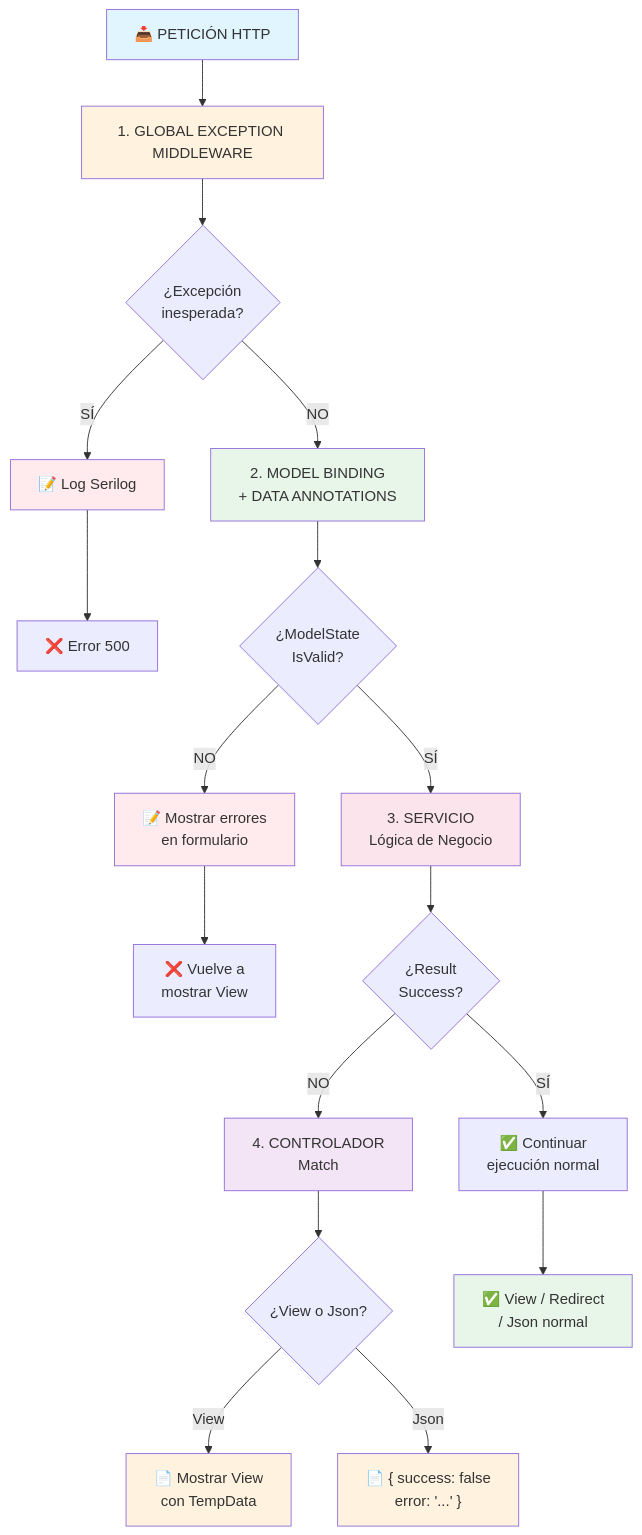
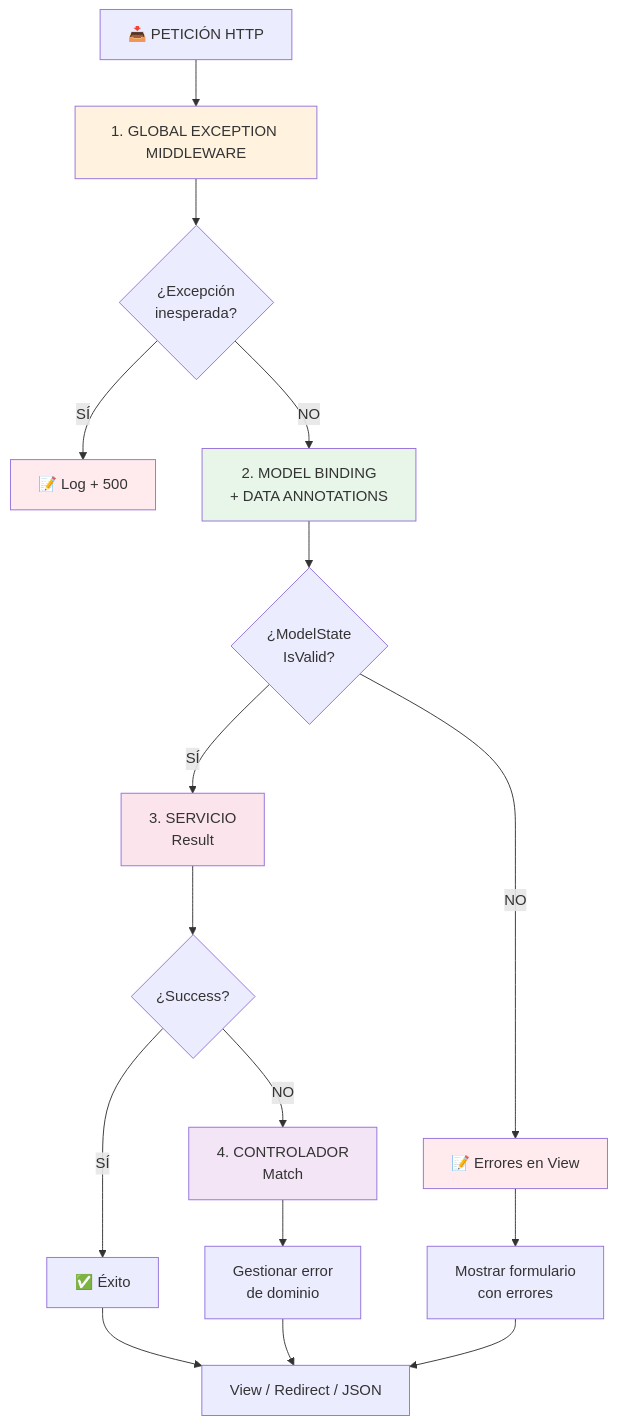
The diagram in doc/03-Controllers-Models-Results.md (joseluisgs/TiendaDawWeb-NetCore), drawn with Mermaid before and after one commit. The commit also changed other lines of this file and 13 other files, not shown here.

````diff
--- a/doc/03-Controllers-Models-Results.md
+++ b/doc/03-Controllers-Models-Results.md
@@ -254,37 +178,25 @@
 ```mermaid
 flowchart TD
     A["📥 PETICIÓN HTTP"] --> B[1. GLOBAL EXCEPTION MIDDLEWARE]
+    B --> C{¿Excepción<br/>inesperada?}
+    C -->|SÍ| D[📝 Log + 500]
+    C -->|NO| E[2. MODEL BINDING<br/>+ DATA ANNOTATIONS]
+    E --> F{¿ModelState<br/>IsValid?}
+    F -->|NO| G[📝 Errores en View]
+    F -->|SÍ| H[3. SERVICIO<br/>Result<T,E>]
+    H --> I{¿Success?}
+    I -->|NO| J[4. CONTROLADOR<br/>Match]
+    I -->|SÍ| K[✅ Éxito]
+    J --> L[Gestionar error<br/>de dominio]
+    G --> M[Mostrar formulario<br/>con errores]
+    K --> N[View / Redirect / JSON]
+    L --> N
+    M --> N
     
-    B --> C{¿Excepción<br/>inesperada?}
-    C -->|SÍ| D[📝 Log Serilog]
-    D --> E[❌ Error 500]
-    
-    C -->|NO| F[2. MODEL BINDING<br/>+ DATA ANNOTATIONS]
-    
-    F --> G{¿ModelState<br/>IsValid?}
-    G -->|NO| H[📝 Mostrar errores<br/>en formulario]
-    H --> I["❌ Vuelve a<br/>mostrar View"]
-    
-    G -->|SÍ| J[3. SERVICIO<br/>Lógica de Negocio]
-    
-    J --> K{¿Result<br/>Success?}
-    K -->|NO| L[4. CONTROLADOR<br/>Match]
-    K -->|SÍ| M["✅ Continuar<br/>ejecución normal"]
-    
-    L --> N{¿View o Json?}
-    N -->|View| O["📄 Mostrar View<br/>con TempData"]
-    N -->|Json| P["📄 { success: false<br/>error: '...' }"]
-    
-    M --> Q["✅ View / Redirect<br/>/ Json normal"]
-    
-    style A fill:#e1f5fe
     style B fill:#fff3e0
-    style F fill:#e8f5e9
-    style J fill:#fce4ec
-    style L fill:#f3e5f5
+    style E fill:#e8f5e9
+    style H fill:#fce4ec
+    style J fill:#f3e5f5
     style D fill:#ffebee
-    style H fill:#ffebee
-    style O fill:#fff3e0
-    style P fill:#fff3e0
-    style Q fill:#e8f5e9
+    style G fill:#ffebee
 ```
````
